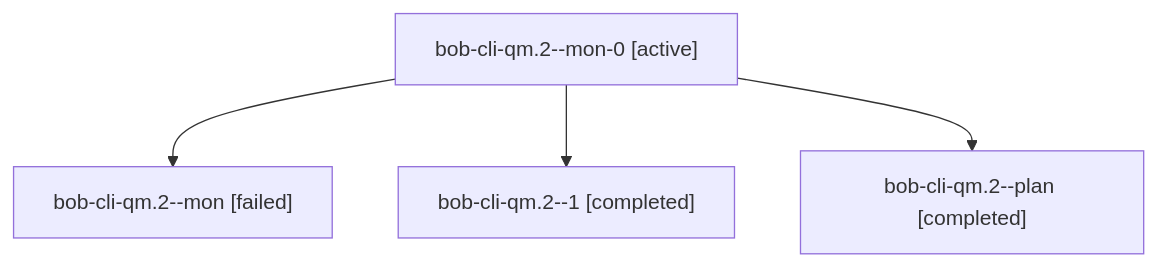
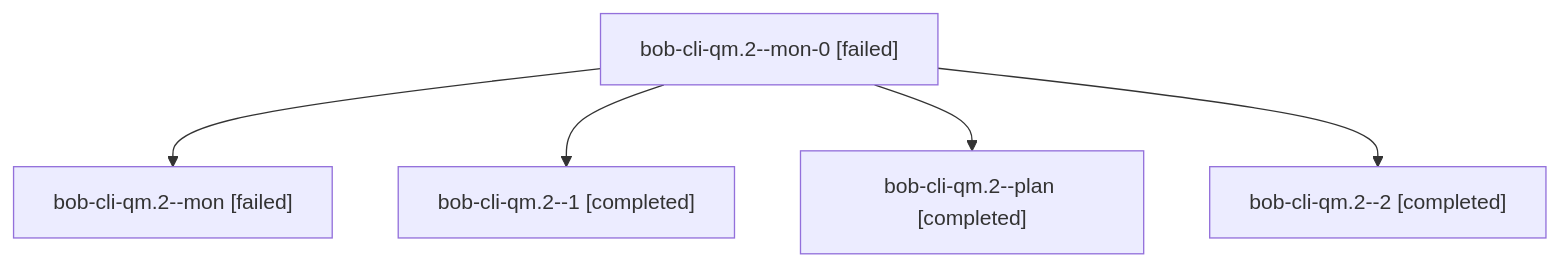
One commit to bobs-org/bob-cli--agents changed the diagram in sessions/bbugyi200.athena.bob-cli-qm.2.md. Above: the diagram before and after it, drawn with Mermaid. The commit also changed other lines of this file and 63 other files, not shown here.

````diff
--- a/sessions/bbugyi200.athena.bob-cli-qm.2.md
+++ b/sessions/bbugyi200.athena.bob-cli-qm.2.md
@@ -9,10 +9,12 @@
 ```mermaid
 flowchart TD
-  n0["bob-cli-qm.2--mon-0 [active]"]
+  n0["bob-cli-qm.2--mon-0 [failed]"]
   n1["bob-cli-qm.2--mon [failed]"]
   n0 --> n1
   n2["bob-cli-qm.2--1 [completed]"]
   n0 --> n2
   n3["bob-cli-qm.2--plan [completed]"]
   n0 --> n3
+  n4["bob-cli-qm.2--2 [completed]"]
+  n0 --> n4
 ```
````
